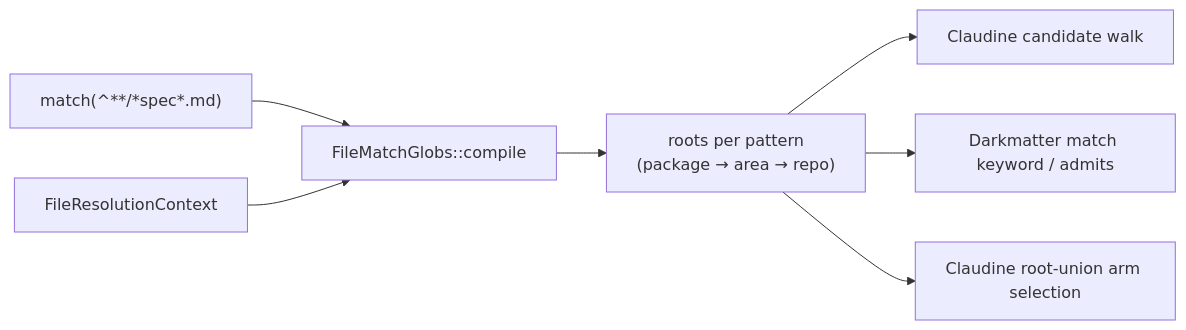
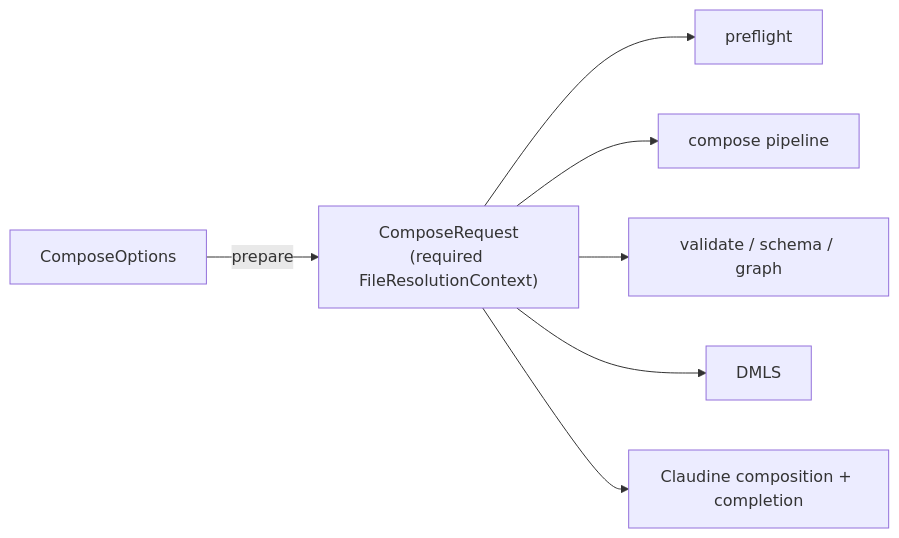
One commit to yankeeinlondon/rusty-biscuit changed the diagram in darkmatter/fixes/2026-09-30-file-refs-use-magic/spec.md. Above: the diagram before and after it, drawn with Mermaid. The commit also changed other lines of this file, not shown here.

First line of the commit message:
planning(darkmatter): broaden 2026-09-30-file-refs-use-magic to one prepared context

````diff
--- a/darkmatter/fixes/2026-09-30-file-refs-use-magic/spec.md
+++ b/darkmatter/fixes/2026-09-30-file-refs-use-magic/spec.md
@@ -124,9 +154,9 @@
 ```mermaid
 flowchart LR
-    P["match(^**/*spec*.md)"] --> C[FileMatchGlobs::compile]
-    X[FileResolutionContext] --> C
-    C --> R["roots per pattern\n(package → area → repo)"]
-    R --> W[Claudine candidate walk]
-    R --> V[Darkmatter match keyword / admits]
-    R --> U[Claudine root-union arm selection]
+    O[ComposeOptions] -->|prepare| R["ComposeRequest\n(required FileResolutionContext)"]
+    R --> P[preflight]
+    R --> C[compose pipeline]
+    R --> V[validate / schema / graph]
+    R --> D[DMLS]
+    R --> Q[Claudine composition + completion]
 ```
````
